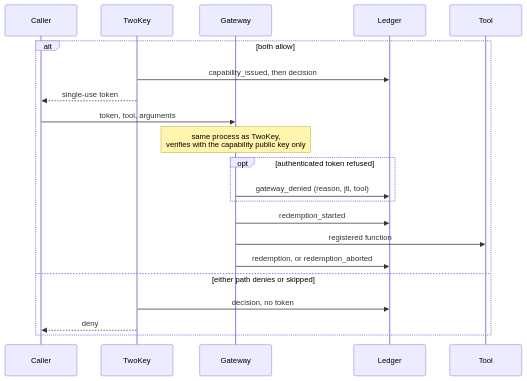
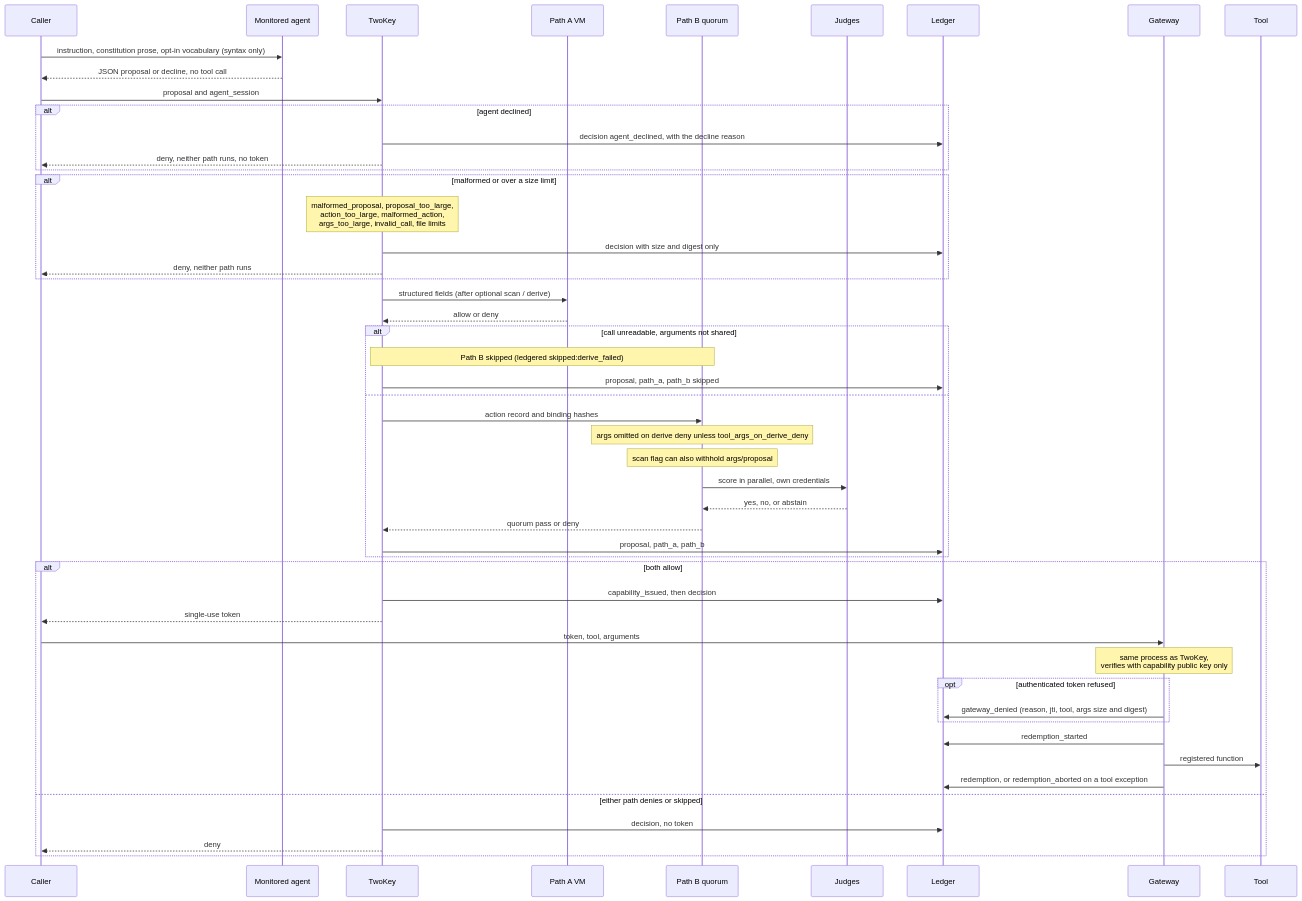
Before and after one commit to Insomniac-VibeLabs/two-key: the third of 4 diagrams in README.md, drawn with Mermaid. The commit also changed other lines of this file and 6 other files, not shown here.

First line of the commit message:
Docs review: README from main, clearer diagram labels, config show described correctly

````diff
--- a/README.md
+++ b/README.md
@@ -474,23 +425,54 @@
 ```mermaid
 sequenceDiagram
   participant Caller
+  participant Agent as Monitored agent
   participant TwoKey
+  participant PathA as Path A VM
+  participant PathB as Path B quorum
+  participant Judge as Judges
+  participant Ledger
   participant Gateway
-  participant Ledger
   participant Tool
+
+  Caller->>Agent: instruction, constitution prose, opt-in vocabulary (syntax only)
+  Agent-->>Caller: JSON proposal or decline, no tool call
+  Caller->>TwoKey: proposal and agent_session
+  alt agent declined
+    TwoKey->>Ledger: decision agent_declined, with the decline reason
+    TwoKey-->>Caller: deny, neither path runs, no token
+  end
+  alt malformed or over a size limit
+    Note over TwoKey: malformed_proposal, proposal_too_large,<br/>action_too_large, malformed_action,<br/>args_too_large, invalid_call, file limits
+    TwoKey->>Ledger: decision with size and digest only
+    TwoKey-->>Caller: deny, neither path runs
+  end
+  TwoKey->>PathA: structured fields (after optional scan / derive)
+  PathA-->>TwoKey: allow or deny
+  alt call unreadable, arguments not shared
+    Note over TwoKey,PathB: Path B skipped (ledgered skipped:derive_failed)
+    TwoKey->>Ledger: proposal, path_a, path_b skipped
+  else
+    TwoKey->>PathB: action record and binding hashes
+    Note over PathB: args omitted on derive deny unless tool_args_on_derive_deny
+    Note over PathB: scan flag can also withhold args/proposal
+    PathB->>Judge: score in parallel, own credentials
+    Judge-->>PathB: yes, no, or abstain
+    PathB-->>TwoKey: quorum pass or deny
+    TwoKey->>Ledger: proposal, path_a, path_b
+  end
   alt both allow
     TwoKey->>Ledger: capability_issued, then decision
     TwoKey-->>Caller: single-use token
     Caller->>Gateway: token, tool, arguments
-    Note over Gateway: same process as TwoKey,<br/>verifies with the capability public key only
+    Note over Gateway: same process as TwoKey,<br/>verifies with capability public key only
     opt authenticated token refused
-      Gateway->>Ledger: gateway_denied (reason, jti, tool)
+      Gateway->>Ledger: gateway_denied (reason, jti, tool, args size and digest)
     end
     Gateway->>Ledger: redemption_started
     Gateway->>Tool: registered function
-    Gateway->>Ledger: redemption, or redemption_aborted
+    Gateway->>Ledger: redemption, or redemption_aborted on a tool exception
   else either path denies or skipped
     TwoKey->>Ledger: decision, no token
     TwoKey-->>Caller: deny
   end
 ```
````
